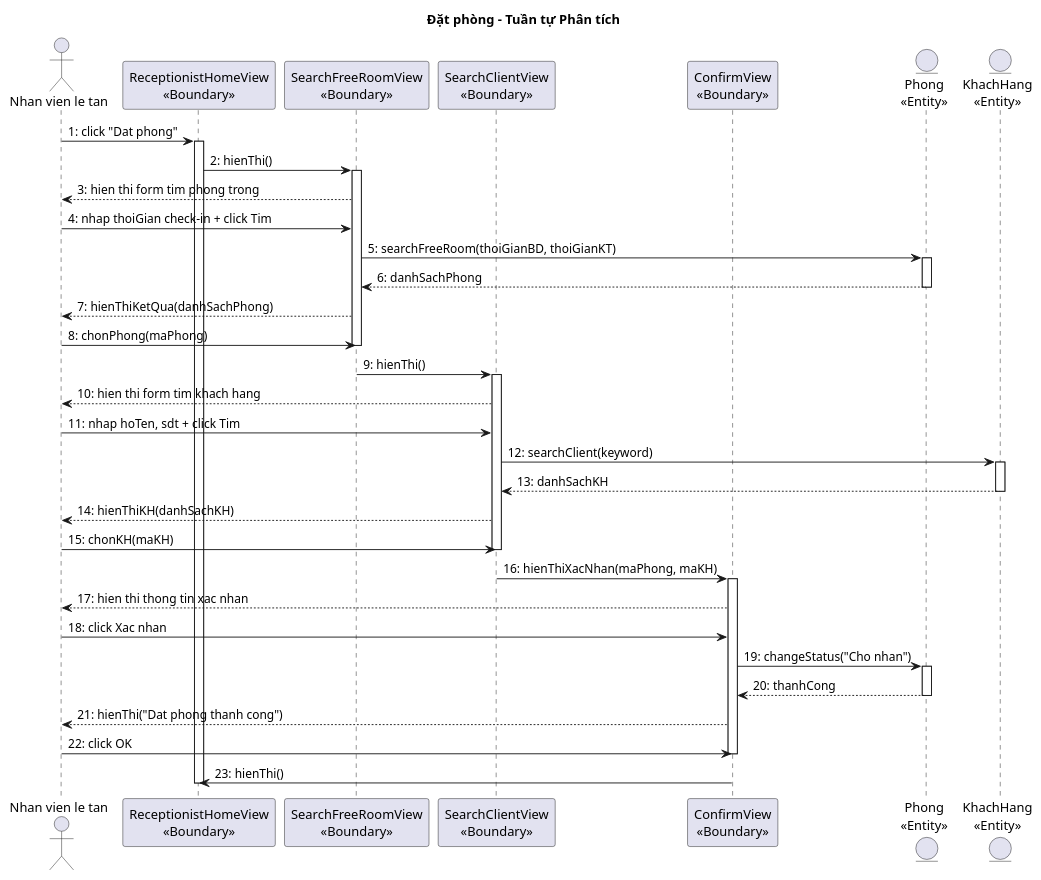
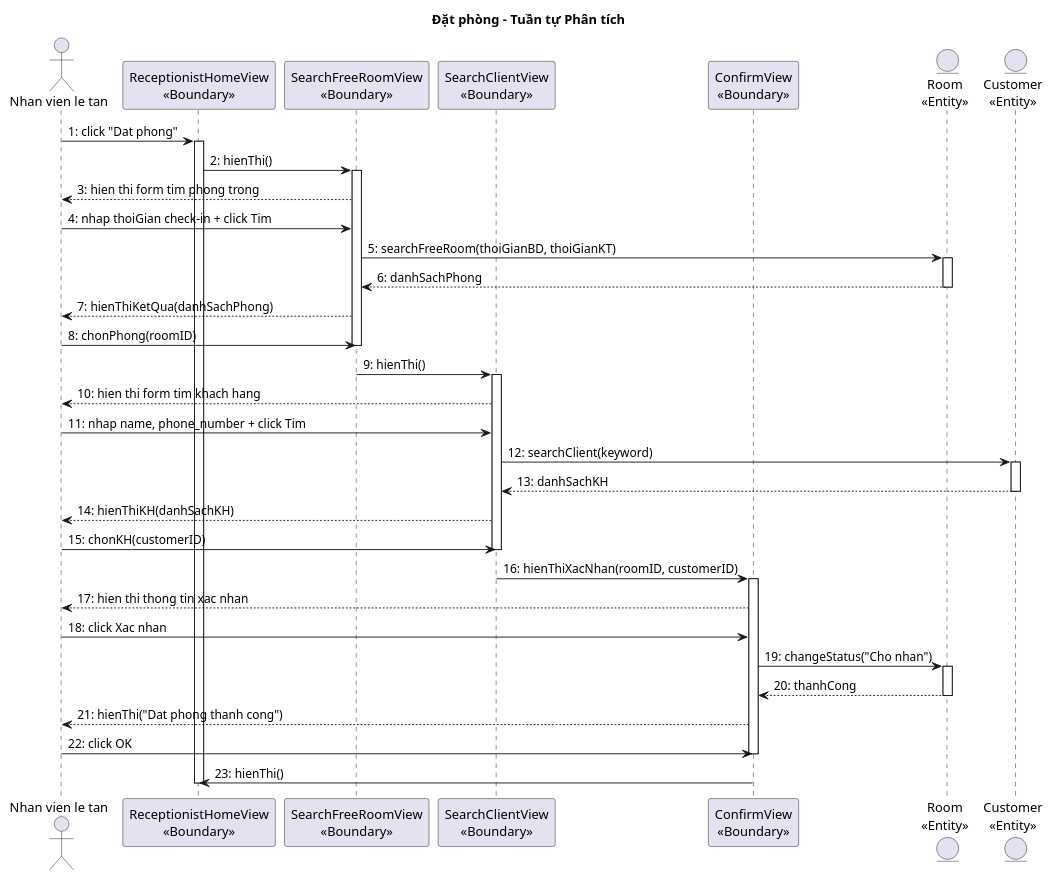
One commit to thanhtrnnn/cnpm changed the fifth of 8 diagrams in docs/tabs/section-booking-ii.3-2.4.md. Above: the diagram before and after it, drawn with PlantUML. The commit also changed other lines of this file and 10 other files, not shown here.

First line of the commit message:
sync: update all sequence diagrams with English entity names per Google Docs

````diff
--- a/docs/tabs/section-booking-ii.3-2.4.md
+++ b/docs/tabs/section-booking-ii.3-2.4.md
@@ -323,51 +323,51 @@
 ```plantuml
 @startuml
 title Đặt phòng – Tuần tự Phân tích
 
 actor "Nhan vien le tan" as NV
 participant "ReceptionistHomeView\n<<Boundary>>" as Home
 participant "SearchFreeRoomView\n<<Boundary>>" as SearchRoom
 participant "SearchClientView\n<<Boundary>>" as SearchClient
 participant "ConfirmView\n<<Boundary>>" as Confirm
-entity "Phong\n<<Entity>>" as Phong
-entity "KhachHang\n<<Entity>>" as KH
+entity "Room\n<<Entity>>" as Room
+entity "Customer\n<<Entity>>" as Cust
 
 NV -> Home : 1: click "Dat phong"
 activate Home
 Home -> SearchRoom : 2: hienThi()
 activate SearchRoom
 SearchRoom --> NV : 3: hien thi form tim phong trong
 NV -> SearchRoom : 4: nhap thoiGian check-in + click Tim
-SearchRoom -> Phong : 5: searchFreeRoom(thoiGianBD, thoiGianKT)
-activate Phong
-Phong --> SearchRoom : 6: danhSachPhong
-deactivate Phong
+SearchRoom -> Room : 5: searchFreeRoom(thoiGianBD, thoiGianKT)
+activate Room
+Room --> SearchRoom : 6: danhSachPhong
+deactivate Room
 SearchRoom --> NV : 7: hienThiKetQua(danhSachPhong)
-NV -> SearchRoom : 8: chonPhong(maPhong)
+NV -> SearchRoom : 8: chonPhong(roomID)
 deactivate SearchRoom
 SearchRoom -> SearchClient : 9: hienThi()
 activate SearchClient
 SearchClient --> NV : 10: hien thi form tim khach hang
-NV -> SearchClient : 11: nhap hoTen, sdt + click Tim
-SearchClient -> KH : 12: searchClient(keyword)
-activate KH
-KH --> SearchClient : 13: danhSachKH
-deactivate KH
+NV -> SearchClient : 11: nhap name, phone_number + click Tim
+SearchClient -> Cust : 12: searchClient(keyword)
+activate Cust
+Cust --> SearchClient : 13: danhSachKH
+deactivate Cust
 SearchClient --> NV : 14: hienThiKH(danhSachKH)
-NV -> SearchClient : 15: chonKH(maKH)
+NV -> SearchClient : 15: chonKH(customerID)
 deactivate SearchClient
-SearchClient -> Confirm : 16: hienThiXacNhan(maPhong, maKH)
+SearchClient -> Confirm : 16: hienThiXacNhan(roomID, customerID)
 activate Confirm
 Confirm --> NV : 17: hien thi thong tin xac nhan
 NV -> Confirm : 18: click Xac nhan
-Confirm -> Phong : 19: changeStatus("Cho nhan")
-activate Phong
-Phong --> Confirm : 20: thanhCong
-deactivate Phong
+Confirm -> Room : 19: changeStatus("Cho nhan")
+activate Room
+Room --> Confirm : 20: thanhCong
+deactivate Room
 Confirm --> NV : 21: hienThi("Dat phong thanh cong")
 NV -> Confirm : 22: click OK
 deactivate Confirm
 Confirm -> Home : 23: hienThi()
 deactivate Home
 @enduml
 ```
````
